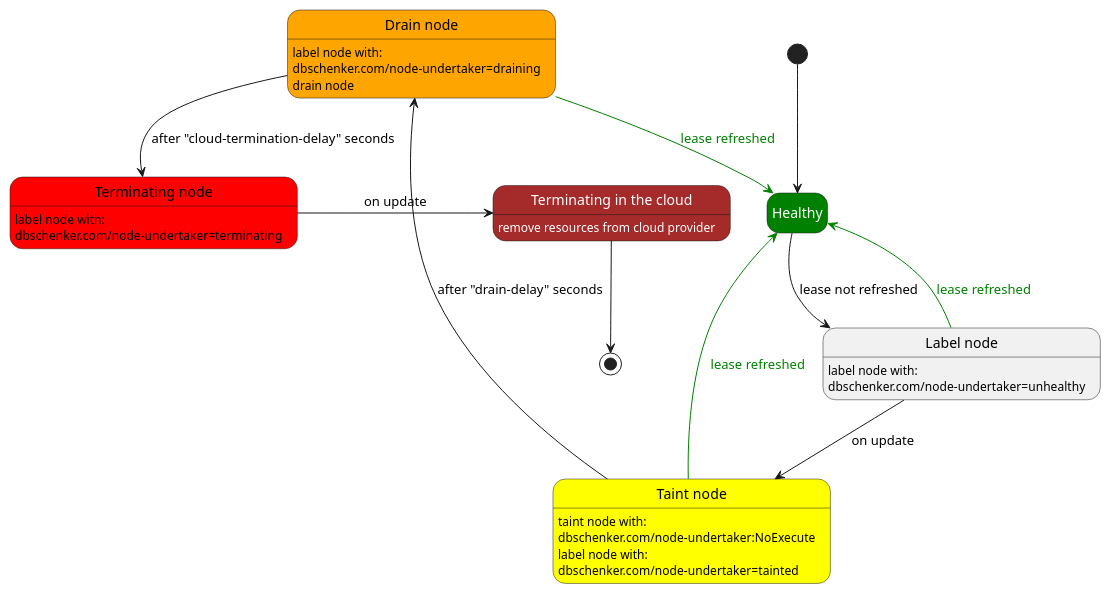
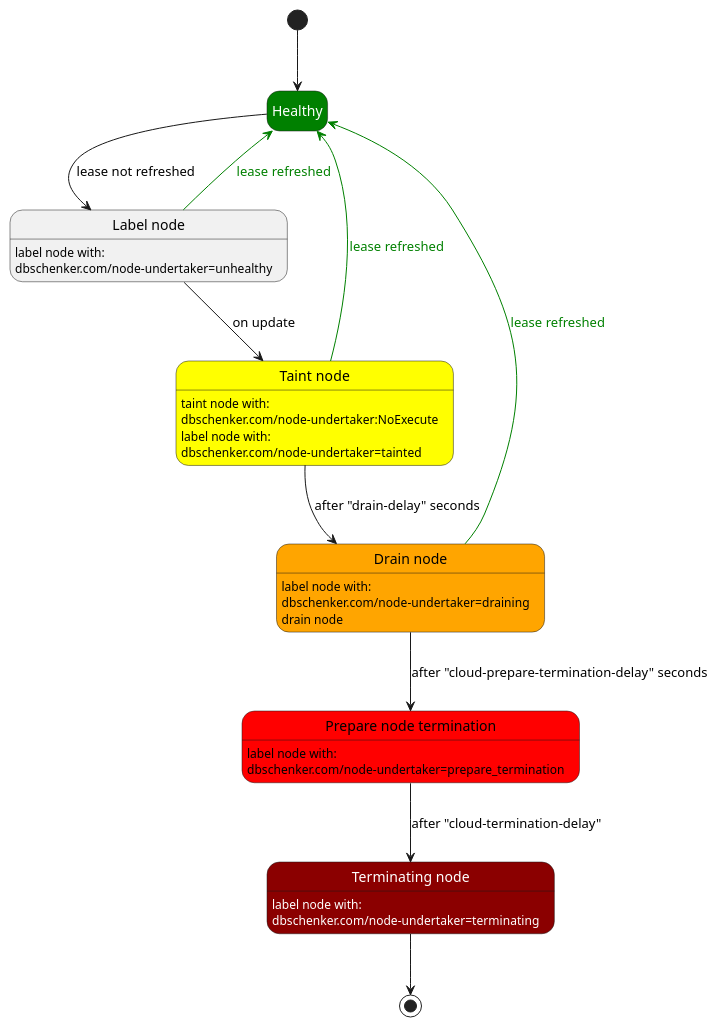
One commit to dbschenker/node-undertaker changed the diagram in docs/states.plantuml. Above: the diagram before and after it, drawn with PlantUML. The commit also changed 17 other files, not shown here.

Commit message:
implement cloud termination preparation step

```diff
--- a/docs/states.plantuml
+++ b/docs/states.plantuml
@@ -1,29 +1,29 @@
 @startuml
 hide empty description
 
 state "Healthy" as healthy  #green;text:white
 state "Label node" as label_node
 label_node : label node with:\ndbschenker.com/node-undertaker=unhealthy
 state "Taint node" as taint_node #yellow
 taint_node : taint node with:\ndbschenker.com/node-undertaker:NoExecute
 taint_node : label node with:\ndbschenker.com/node-undertaker=tainted
 state "Drain node" as drain_node #orange
 drain_node : label node with:\ndbschenker.com/node-undertaker=draining
 drain_node : drain node
-state "Terminating node" as terminating_node #red
-terminating_node : label node with:\ndbschenker.com/node-undertaker=terminating
-state "Terminating in the cloud" as terminate_in_the_cloud #brown;text:white
-terminate_in_the_cloud : <color:white>remove resources from cloud provider
+state "Prepare node termination" as prepare_termination #red
+prepare_termination : label node with:\ndbschenker.com/node-undertaker=prepare_termination
+state "<color:white>Terminating node" as terminating_node #darkred;text:white
+terminating_node : <color:white>label node with:\n<color:white>dbschenker.com/node-undertaker=terminating
 
 [*] --> healthy
 healthy --> label_node : lease not refreshed
 label_node --> taint_node : on update
 taint_node --> drain_node : after "drain-delay" seconds
-drain_node --> terminating_node : after "cloud-termination-delay" seconds
-terminating_node -> terminate_in_the_cloud : on update
-terminate_in_the_cloud --> [*]
+drain_node --> prepare_termination : after "cloud-prepare-termination-delay" seconds
+prepare_termination --> terminating_node : after "cloud-termination-delay"
+terminating_node -->  [*]
 
 label_node -[#green]-> healthy : <color:green>lease refreshed
 taint_node -[#green]-> healthy : <color:green>lease refreshed
 drain_node -[#green]-> healthy : <color:green>lease refreshed
 @enduml
```
